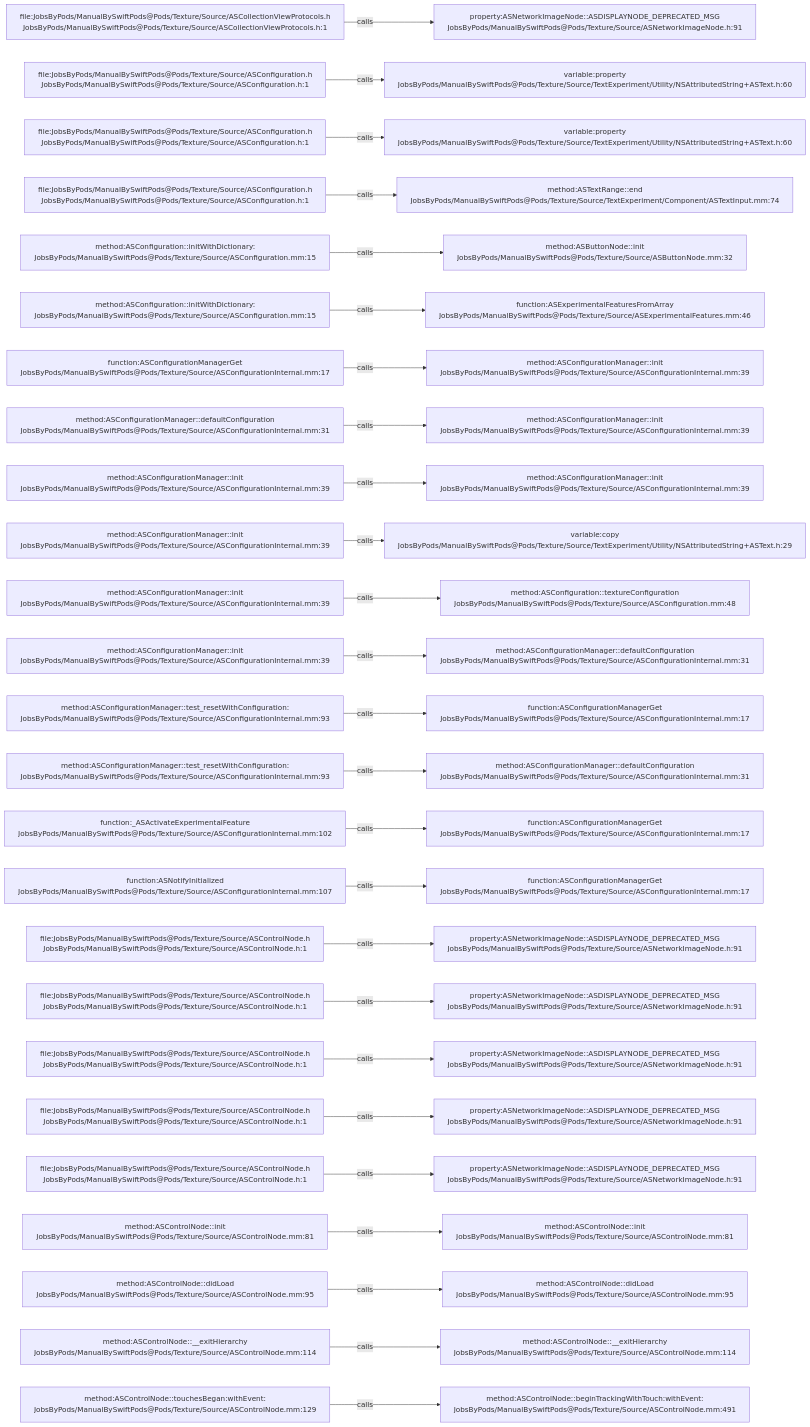
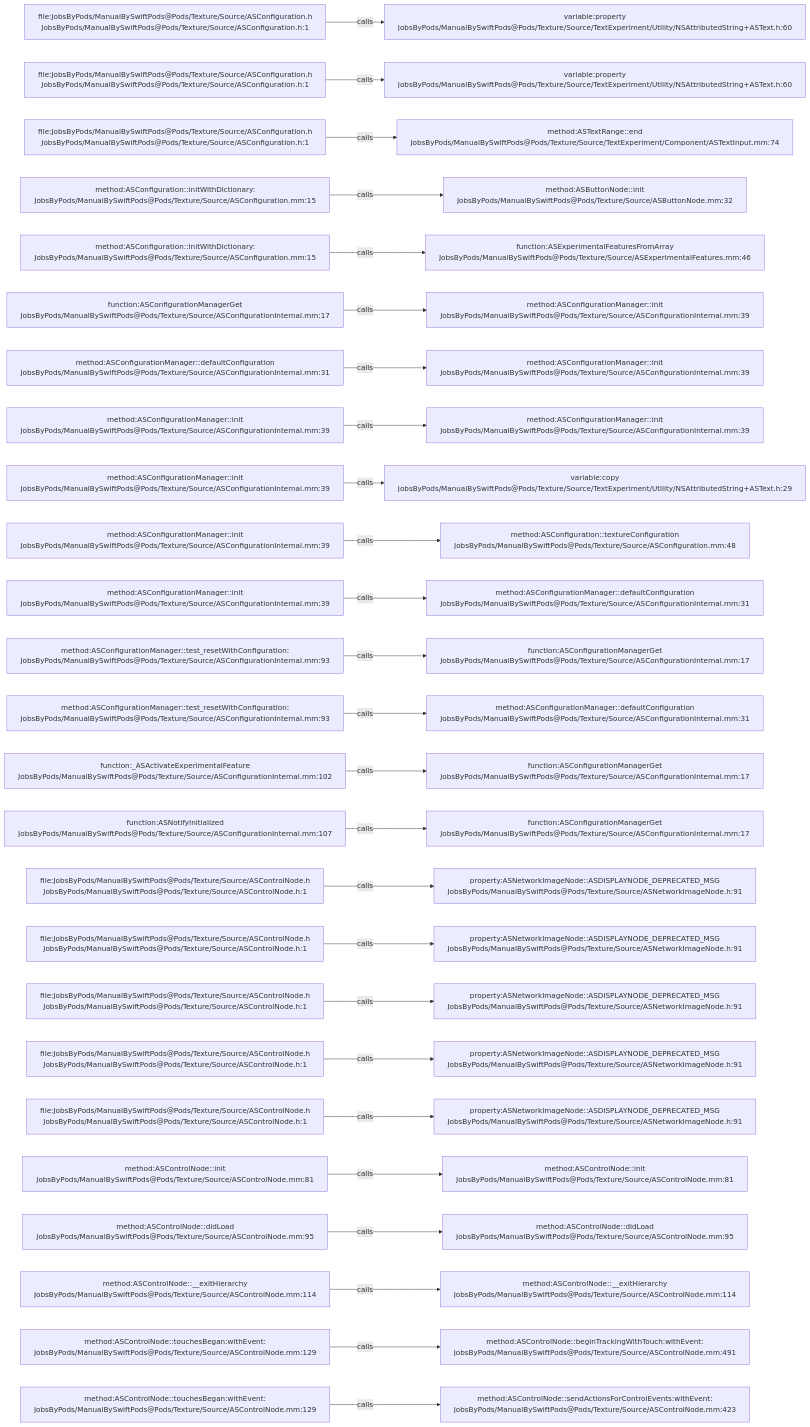
The diagram in .codegraph/codegraph.md/graphs/calls-016.md (JobsKits/JobsSwiftBaseConfigDemo), drawn with Mermaid before and after one commit. The commit also changed 747 other files, not shown here.

````diff
--- a/.codegraph/codegraph.md/graphs/calls-016.md
+++ b/.codegraph/codegraph.md/graphs/calls-016.md
@@ -13,78 +13,78 @@
 ```mermaid
 flowchart LR
-  S1["file:JobsByPods/ManualBySwiftPods@Pods/Texture/Source/ASCollectionViewProtocols.h<br/>JobsByPods/ManualBySwiftPods@Pods/Texture/Source/ASCollectionViewProtocols.h:1"]
-  T1["property:ASNetworkImageNode::ASDISPLAYNODE_DEPRECATED_MSG<br/>JobsByPods/ManualBySwiftPods@Pods/Texture/Source/ASNetworkImageNode.h:91"]
+  S1["file:JobsByPods/ManualBySwiftPods@Pods/Texture/Source/ASConfiguration.h<br/>JobsByPods/ManualBySwiftPods@Pods/Texture/Source/ASConfiguration.h:1"]
+  T1["variable:property<br/>JobsByPods/ManualBySwiftPods@Pods/Texture/Source/TextExperiment/Utility/NSAttributedString+ASText.h:60"]
   S1 -->|calls| T1
   S2["file:JobsByPods/ManualBySwiftPods@Pods/Texture/Source/ASConfiguration.h<br/>JobsByPods/ManualBySwiftPods@Pods/Texture/Source/ASConfiguration.h:1"]
   T2["variable:property<br/>JobsByPods/ManualBySwiftPods@Pods/Texture/Source/TextExperiment/Utility/NSAttributedString+ASText.h:60"]
   S2 -->|calls| T2
   S3["file:JobsByPods/ManualBySwiftPods@Pods/Texture/Source/ASConfiguration.h<br/>JobsByPods/ManualBySwiftPods@Pods/Texture/Source/ASConfiguration.h:1"]
-  T3["variable:property<br/>JobsByPods/ManualBySwiftPods@Pods/Texture/Source/TextExperiment/Utility/NSAttributedString+ASText.h:60"]
+  T3["method:ASTextRange::end<br/>JobsByPods/ManualBySwiftPods@Pods/Texture/Source/TextExperiment/Component/ASTextInput.mm:74"]
   S3 -->|calls| T3
-  S4["file:JobsByPods/ManualBySwiftPods@Pods/Texture/Source/ASConfiguration.h<br/>JobsByPods/ManualBySwiftPods@Pods/Texture/Source/ASConfiguration.h:1"]
-  T4["method:ASTextRange::end<br/>JobsByPods/ManualBySwiftPods@Pods/Texture/Source/TextExperiment/Component/ASTextInput.mm:74"]
+  S4["method:ASConfiguration::initWithDictionary:<br/>JobsByPods/ManualBySwiftPods@Pods/Texture/Source/ASConfiguration.mm:15"]
+  T4["method:ASButtonNode::init<br/>JobsByPods/ManualBySwiftPods@Pods/Texture/Source/ASButtonNode.mm:32"]
   S4 -->|calls| T4
   S5["method:ASConfiguration::initWithDictionary:<br/>JobsByPods/ManualBySwiftPods@Pods/Texture/Source/ASConfiguration.mm:15"]
-  T5["method:ASButtonNode::init<br/>JobsByPods/ManualBySwiftPods@Pods/Texture/Source/ASButtonNode.mm:32"]
+  T5["function:ASExperimentalFeaturesFromArray<br/>JobsByPods/ManualBySwiftPods@Pods/Texture/Source/ASExperimentalFeatures.mm:46"]
   S5 -->|calls| T5
-  S6["method:ASConfiguration::initWithDictionary:<br/>JobsByPods/ManualBySwiftPods@Pods/Texture/Source/ASConfiguration.mm:15"]
-  T6["function:ASExperimentalFeaturesFromArray<br/>JobsByPods/ManualBySwiftPods@Pods/Texture/Source/ASExperimentalFeatures.mm:46"]
+  S6["function:ASConfigurationManagerGet<br/>JobsByPods/ManualBySwiftPods@Pods/Texture/Source/ASConfigurationInternal.mm:17"]
+  T6["method:ASConfigurationManager::init<br/>JobsByPods/ManualBySwiftPods@Pods/Texture/Source/ASConfigurationInternal.mm:39"]
   S6 -->|calls| T6
-  S7["function:ASConfigurationManagerGet<br/>JobsByPods/ManualBySwiftPods@Pods/Texture/Source/ASConfigurationInternal.mm:17"]
+  S7["method:ASConfigurationManager::defaultConfiguration<br/>JobsByPods/ManualBySwiftPods@Pods/Texture/Source/ASConfigurationInternal.mm:31"]
   T7["method:ASConfigurationManager::init<br/>JobsByPods/ManualBySwiftPods@Pods/Texture/Source/ASConfigurationInternal.mm:39"]
   S7 -->|calls| T7
-  S8["method:ASConfigurationManager::defaultConfiguration<br/>JobsByPods/ManualBySwiftPods@Pods/Texture/Source/ASConfigurationInternal.mm:31"]
+  S8["method:ASConfigurationManager::init<br/>JobsByPods/ManualBySwiftPods@Pods/Texture/Source/ASConfigurationInternal.mm:39"]
   T8["method:ASConfigurationManager::init<br/>JobsByPods/ManualBySwiftPods@Pods/Texture/Source/ASConfigurationInternal.mm:39"]
   S8 -->|calls| T8
   S9["method:ASConfigurationManager::init<br/>JobsByPods/ManualBySwiftPods@Pods/Texture/Source/ASConfigurationInternal.mm:39"]
-  T9["method:ASConfigurationManager::init<br/>JobsByPods/ManualBySwiftPods@Pods/Texture/Source/ASConfigurationInternal.mm:39"]
+  T9["variable:copy<br/>JobsByPods/ManualBySwiftPods@Pods/Texture/Source/TextExperiment/Utility/NSAttributedString+ASText.h:29"]
   S9 -->|calls| T9
   S10["method:ASConfigurationManager::init<br/>JobsByPods/ManualBySwiftPods@Pods/Texture/Source/ASConfigurationInternal.mm:39"]
-  T10["variable:copy<br/>JobsByPods/ManualBySwiftPods@Pods/Texture/Source/TextExperiment/Utility/NSAttributedString+ASText.h:29"]
+  T10["method:ASConfiguration::textureConfiguration<br/>JobsByPods/ManualBySwiftPods@Pods/Texture/Source/ASConfiguration.mm:48"]
   S10 -->|calls| T10
   S11["method:ASConfigurationManager::init<br/>JobsByPods/ManualBySwiftPods@Pods/Texture/Source/ASConfigurationInternal.mm:39"]
-  T11["method:ASConfiguration::textureConfiguration<br/>JobsByPods/ManualBySwiftPods@Pods/Texture/Source/ASConfiguration.mm:48"]
+  T11["method:ASConfigurationManager::defaultConfiguration<br/>JobsByPods/ManualBySwiftPods@Pods/Texture/Source/ASConfigurationInternal.mm:31"]
   S11 -->|calls| T11
-  S12["method:ASConfigurationManager::init<br/>JobsByPods/ManualBySwiftPods@Pods/Texture/Source/ASConfigurationInternal.mm:39"]
-  T12["method:ASConfigurationManager::defaultConfiguration<br/>JobsByPods/ManualBySwiftPods@Pods/Texture/Source/ASConfigurationInternal.mm:31"]
+  S12["method:ASConfigurationManager::test_resetWithConfiguration:<br/>JobsByPods/ManualBySwiftPods@Pods/Texture/Source/ASConfigurationInternal.mm:93"]
+  T12["function:ASConfigurationManagerGet<br/>JobsByPods/ManualBySwiftPods@Pods/Texture/Source/ASConfigurationInternal.mm:17"]
   S12 -->|calls| T12
   S13["method:ASConfigurationManager::test_resetWithConfiguration:<br/>JobsByPods/ManualBySwiftPods@Pods/Texture/Source/ASConfigurationInternal.mm:93"]
-  T13["function:ASConfigurationManagerGet<br/>JobsByPods/ManualBySwiftPods@Pods/Texture/Source/ASConfigurationInternal.mm:17"]
+  T13["method:ASConfigurationManager::defaultConfiguration<br/>JobsByPods/ManualBySwiftPods@Pods/Texture/Source/ASConfigurationInternal.mm:31"]
   S13 -->|calls| T13
-  S14["method:ASConfigurationManager::test_resetWithConfiguration:<br/>JobsByPods/ManualBySwiftPods@Pods/Texture/Source/ASConfigurationInternal.mm:93"]
-  T14["method:ASConfigurationManager::defaultConfiguration<br/>JobsByPods/ManualBySwiftPods@Pods/Texture/Source/ASConfigurationInternal.mm:31"]
+  S14["function:_ASActivateExperimentalFeature<br/>JobsByPods/ManualBySwiftPods@Pods/Texture/Source/ASConfigurationInternal.mm:102"]
+  T14["function:ASConfigurationManagerGet<br/>JobsByPods/ManualBySwiftPods@Pods/Texture/Source/ASConfigurationInternal.mm:17"]
   S14 -->|calls| T14
-  S15["function:_ASActivateExperimentalFeature<br/>JobsByPods/ManualBySwiftPods@Pods/Texture/Source/ASConfigurationInternal.mm:102"]
+  S15["function:ASNotifyInitialized<br/>JobsByPods/ManualBySwiftPods@Pods/Texture/Source/ASConfigurationInternal.mm:107"]
   T15["function:ASConfigurationManagerGet<br/>JobsByPods/ManualBySwiftPods@Pods/Texture/Source/ASConfigurationInternal.mm:17"]
   S15 -->|calls| T15
-  S16["function:ASNotifyInitialized<br/>JobsByPods/ManualBySwiftPods@Pods/Texture/Source/ASConfigurationInternal.mm:107"]
-  T16["function:ASConfigurationManagerGet<br/>JobsByPods/ManualBySwiftPods@Pods/Texture/Source/ASConfigurationInternal.mm:17"]
+  S16["file:JobsByPods/ManualBySwiftPods@Pods/Texture/Source/ASControlNode.h<br/>JobsByPods/ManualBySwiftPods@Pods/Texture/Source/ASControlNode.h:1"]
+  T16["property:ASNetworkImageNode::ASDISPLAYNODE_DEPRECATED_MSG<br/>JobsByPods/ManualBySwiftPods@Pods/Texture/Source/ASNetworkImageNode.h:91"]
   S16 -->|calls| T16
   S17["file:JobsByPods/ManualBySwiftPods@Pods/Texture/Source/ASControlNode.h<br/>JobsByPods/ManualBySwiftPods@Pods/Texture/Source/ASControlNode.h:1"]
   T17["property:ASNetworkImageNode::ASDISPLAYNODE_DEPRECATED_MSG<br/>JobsByPods/ManualBySwiftPods@Pods/Texture/Source/ASNetworkImageNode.h:91"]
   S17 -->|calls| T17
   S18["file:JobsByPods/ManualBySwiftPods@Pods/Texture/Source/ASControlNode.h<br/>JobsByPods/ManualBySwiftPods@Pods/Texture/Source/ASControlNode.h:1"]
   T18["property:ASNetworkImageNode::ASDISPLAYNODE_DEPRECATED_MSG<br/>JobsByPods/ManualBySwiftPods@Pods/Texture/Source/ASNetworkImageNode.h:91"]
   S18 -->|calls| T18
   S19["file:JobsByPods/ManualBySwiftPods@Pods/Texture/Source/ASControlNode.h<br/>JobsByPods/ManualBySwiftPods@Pods/Texture/Source/ASControlNode.h:1"]
   T19["property:ASNetworkImageNode::ASDISPLAYNODE_DEPRECATED_MSG<br/>JobsByPods/ManualBySwiftPods@Pods/Texture/Source/ASNetworkImageNode.h:91"]
   S19 -->|calls| T19
   S20["file:JobsByPods/ManualBySwiftPods@Pods/Texture/Source/ASControlNode.h<br/>JobsByPods/ManualBySwiftPods@Pods/Texture/Source/ASControlNode.h:1"]
   T20["property:ASNetworkImageNode::ASDISPLAYNODE_DEPRECATED_MSG<br/>JobsByPods/ManualBySwiftPods@Pods/Texture/Source/ASNetworkImageNode.h:91"]
   S20 -->|calls| T20
-  S21["file:JobsByPods/ManualBySwiftPods@Pods/Texture/Source/ASControlNode.h<br/>JobsByPods/ManualBySwiftPods@Pods/Texture/Source/ASControlNode.h:1"]
-  T21["property:ASNetworkImageNode::ASDISPLAYNODE_DEPRECATED_MSG<br/>JobsByPods/ManualBySwiftPods@Pods/Texture/Source/ASNetworkImageNode.h:91"]
+  S21["method:ASControlNode::init<br/>JobsByPods/ManualBySwiftPods@Pods/Texture/Source/ASControlNode.mm:81"]
+  T21["method:ASControlNode::init<br/>JobsByPods/ManualBySwiftPods@Pods/Texture/Source/ASControlNode.mm:81"]
   S21 -->|calls| T21
-  S22["method:ASControlNode::init<br/>JobsByPods/ManualBySwiftPods@Pods/Texture/Source/ASControlNode.mm:81"]
-  T22["method:ASControlNode::init<br/>JobsByPods/ManualBySwiftPods@Pods/Texture/Source/ASControlNode.mm:81"]
+  S22["method:ASControlNode::didLoad<br/>JobsByPods/ManualBySwiftPods@Pods/Texture/Source/ASControlNode.mm:95"]
+  T22["method:ASControlNode::didLoad<br/>JobsByPods/ManualBySwiftPods@Pods/Texture/Source/ASControlNode.mm:95"]
   S22 -->|calls| T22
-  S23["method:ASControlNode::didLoad<br/>JobsByPods/ManualBySwiftPods@Pods/Texture/Source/ASControlNode.mm:95"]
-  T23["method:ASControlNode::didLoad<br/>JobsByPods/ManualBySwiftPods@Pods/Texture/Source/ASControlNode.mm:95"]
+  S23["method:ASControlNode::__exitHierarchy<br/>JobsByPods/ManualBySwiftPods@Pods/Texture/Source/ASControlNode.mm:114"]
+  T23["method:ASControlNode::__exitHierarchy<br/>JobsByPods/ManualBySwiftPods@Pods/Texture/Source/ASControlNode.mm:114"]
   S23 -->|calls| T23
-  S24["method:ASControlNode::__exitHierarchy<br/>JobsByPods/ManualBySwiftPods@Pods/Texture/Source/ASControlNode.mm:114"]
-  T24["method:ASControlNode::__exitHierarchy<br/>JobsByPods/ManualBySwiftPods@Pods/Texture/Source/ASControlNode.mm:114"]
+  S24["method:ASControlNode::touchesBegan:withEvent:<br/>JobsByPods/ManualBySwiftPods@Pods/Texture/Source/ASControlNode.mm:129"]
+  T24["method:ASControlNode::beginTrackingWithTouch:withEvent:<br/>JobsByPods/ManualBySwiftPods@Pods/Texture/Source/ASControlNode.mm:491"]
   S24 -->|calls| T24
   S25["method:ASControlNode::touchesBegan:withEvent:<br/>JobsByPods/ManualBySwiftPods@Pods/Texture/Source/ASControlNode.mm:129"]
-  T25["method:ASControlNode::beginTrackingWithTouch:withEvent:<br/>JobsByPods/ManualBySwiftPods@Pods/Texture/Source/ASControlNode.mm:491"]
+  T25["method:ASControlNode::sendActionsForControlEvents:withEvent:<br/>JobsByPods/ManualBySwiftPods@Pods/Texture/Source/ASControlNode.mm:423"]
   S25 -->|calls| T25
 ```
````
